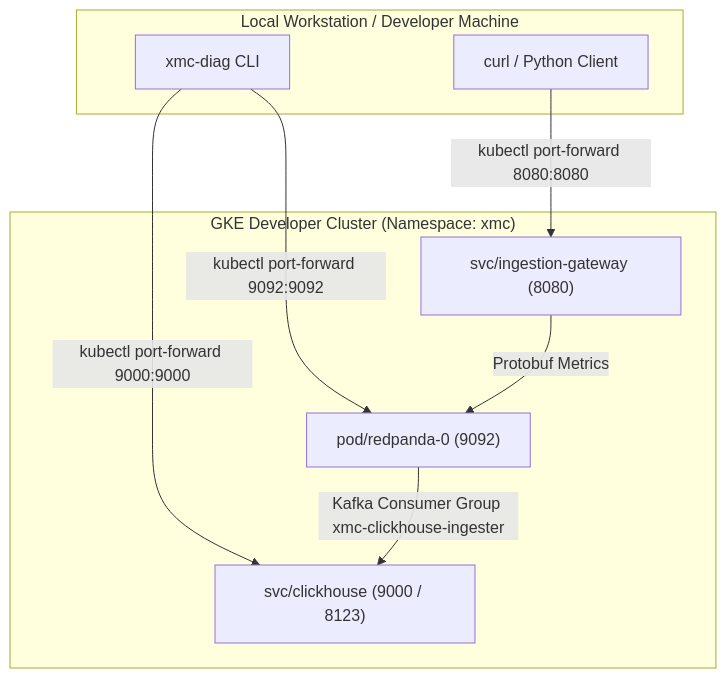
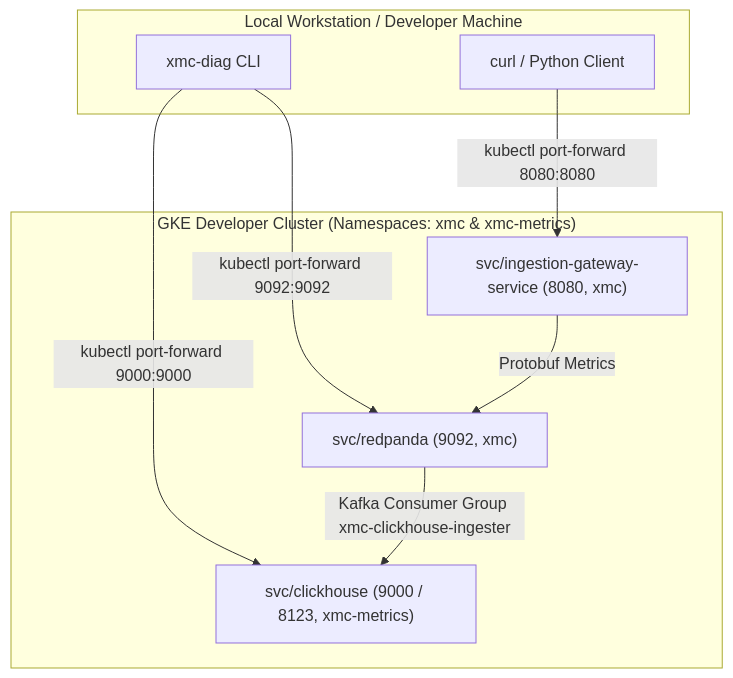
Before and after one commit to google/xmc: the diagram in deploy/local/README.md, drawn with Mermaid. The commit also changed other lines of this file and 5 other files, not shown here.

First line of the commit message:
docs: align local metrics testing, helm, and gateway readmes (#1638)

````diff
--- a/deploy/local/README.md
+++ b/deploy/local/README.md
@@ -13,19 +13,19 @@
 ```mermaid
 flowchart TD
     subgraph "Local Workstation / Developer Machine"
         DIAG["xmc-diag CLI"]
         CURL["curl / Python Client"]
     end
 
-    subgraph "GKE Developer Cluster (Namespace: xmc)"
-        GW["svc/ingestion-gateway (8080)"]
-        RP["pod/redpanda-0 (9092)"]
-        CH["svc/clickhouse (9000 / 8123)"]
+    subgraph "GKE Developer Cluster (Namespaces: xmc & xmc-metrics)"
+        GW["svc/ingestion-gateway-service (8080, xmc)"]
+        RP["svc/redpanda (9092, xmc)"]
+        CH["svc/clickhouse (9000 / 8123, xmc-metrics)"]
     end
 
     CURL -->|kubectl port-forward 8080:8080| GW
     DIAG -->|kubectl port-forward 9000:9000| CH
     DIAG -->|kubectl port-forward 9092:9092| RP
     GW -->|Protobuf Metrics| RP
     RP -->|Kafka Consumer Group xmc-clickhouse-ingester| CH
 ```
````
